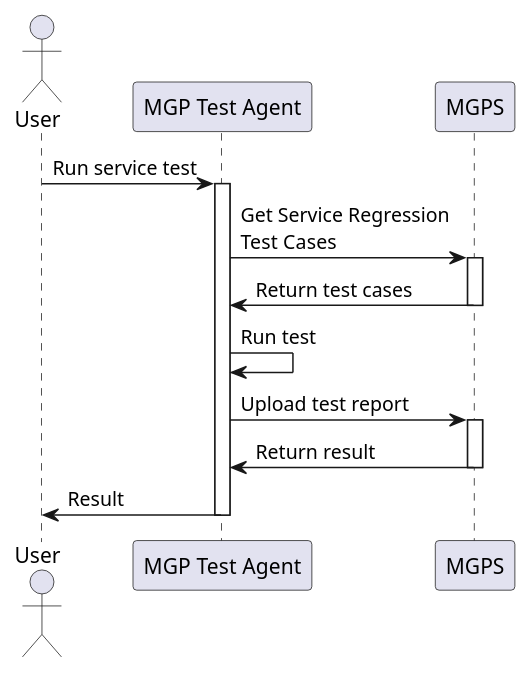
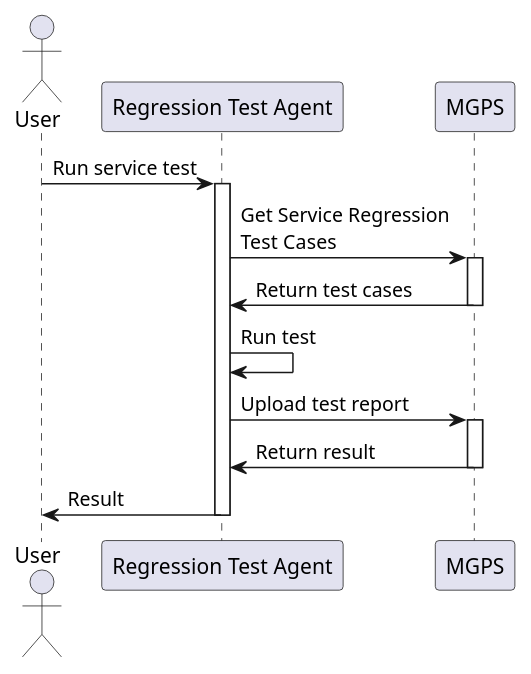
Before and after one commit to b4456609/mgp-back: the diagram in diagram/sequence/testReport.puml, drawn with PlantUML. The commit also changed 5 other files, not shown here.

```diff
--- a/diagram/sequence/testReport.puml
+++ b/diagram/sequence/testReport.puml
@@ -1,17 +1,17 @@
 @startuml
 actor User
-participant "MGP Test Agent" as msta
+participant "Regression Test Agent" as msta
 User -> msta: Run service test
 activate msta
 msta -> MGPS: Get Service Regression\nTest Cases
 activate MGPS
 msta <- MGPS: Return test cases
 deactivate MGPS
 msta -> msta: Run test
 msta -> MGPS: Upload test report
 activate MGPS
 msta <- MGPS: Return result
 deactivate MGPS
 User <- msta: Result
 deactivate msta
 @enduml
```
